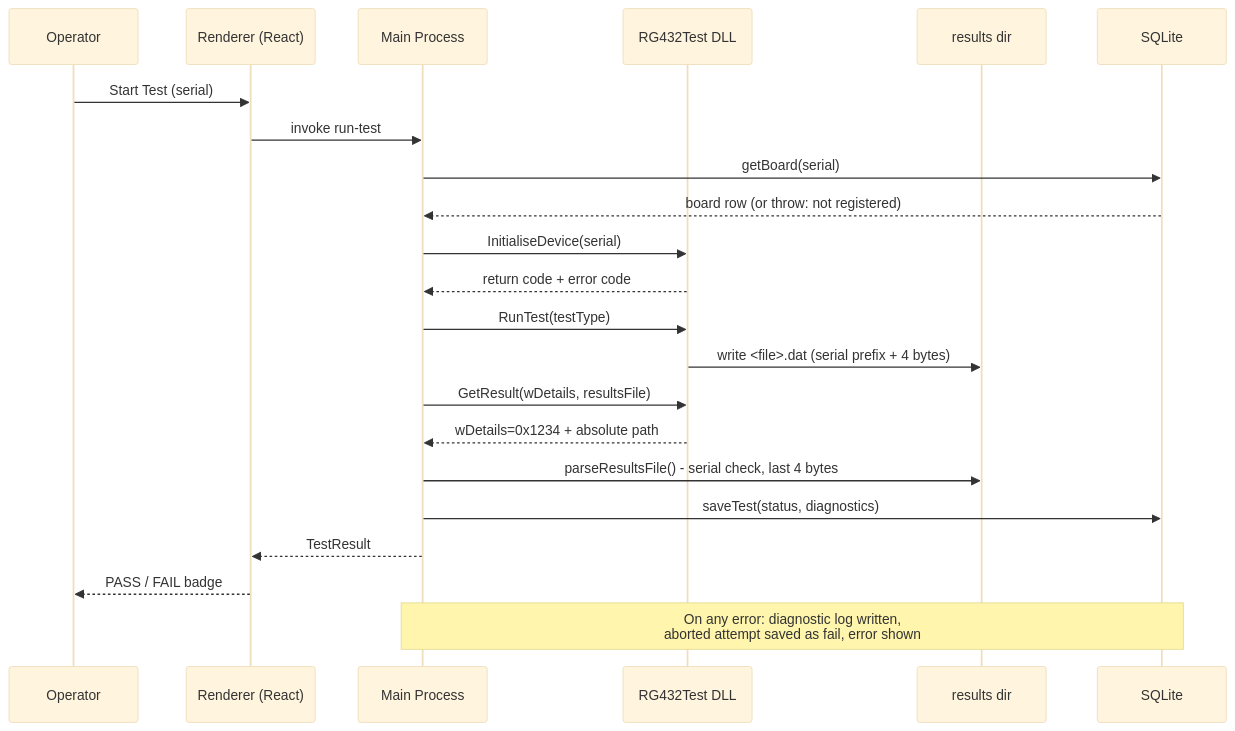
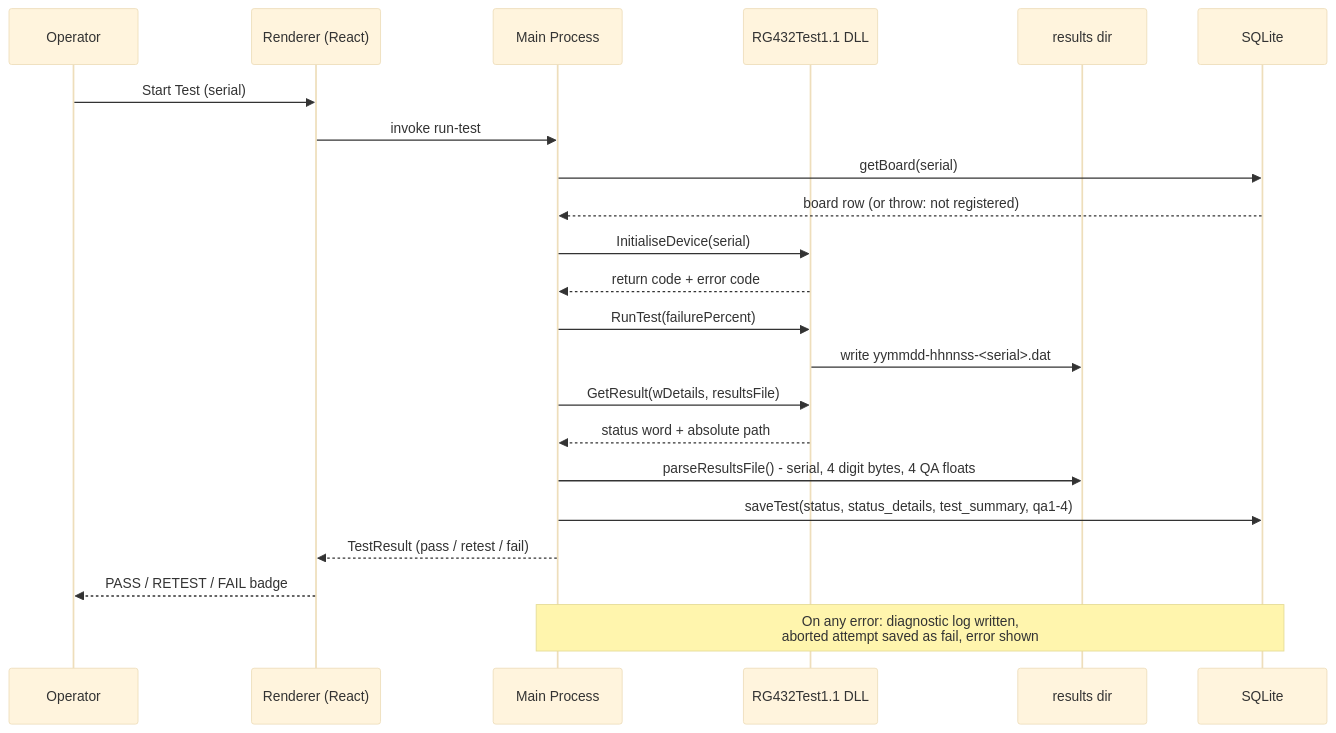
The diagram in docs/results-file-format.md (Interlaken0/amf-rg432), drawn with Mermaid (base theme) before and after one commit. The commit also changed other lines of this file and 13 other files, not shown here.

````diff
--- a/docs/results-file-format.md
+++ b/docs/results-file-format.md
@@ -13,25 +16,25 @@
 ```mermaid
 sequenceDiagram
     participant Op as Operator
     participant UI as Renderer (React)
     participant Main as Main Process
-    participant DLL as RG432Test DLL
+    participant DLL as RG432Test1.1 DLL
     participant FS as results dir
     participant DB as SQLite
 
     Op->>UI: Start Test (serial)
     UI->>Main: invoke run-test
     Main->>DB: getBoard(serial)
     DB-->>Main: board row (or throw: not registered)
     Main->>DLL: InitialiseDevice(serial)
     DLL-->>Main: return code + error code
-    Main->>DLL: RunTest(testType)
-    DLL->>FS: write <file>.dat (serial prefix + 4 bytes)
+    Main->>DLL: RunTest(failurePercent)
+    DLL->>FS: write yymmdd-hhnnss-<serial>.dat
     Main->>DLL: GetResult(wDetails, resultsFile)
-    DLL-->>Main: wDetails=0x1234 + absolute path
-    Main->>FS: parseResultsFile() - serial check, last 4 bytes
-    Main->>DB: saveTest(status, diagnostics)
-    Main-->>UI: TestResult
-    UI-->>Op: PASS / FAIL badge
+    DLL-->>Main: status word + absolute path
+    Main->>FS: parseResultsFile() - serial, 4 digit bytes, 4 QA floats
+    Main->>DB: saveTest(status, status_details, test_summary, qa1-4)
+    Main-->>UI: TestResult (pass / retest / fail)
+    UI-->>Op: PASS / RETEST / FAIL badge
     Note over Main,DB: On any error: diagnostic log written,<br/>aborted attempt saved as fail, error shown
 ```
````
